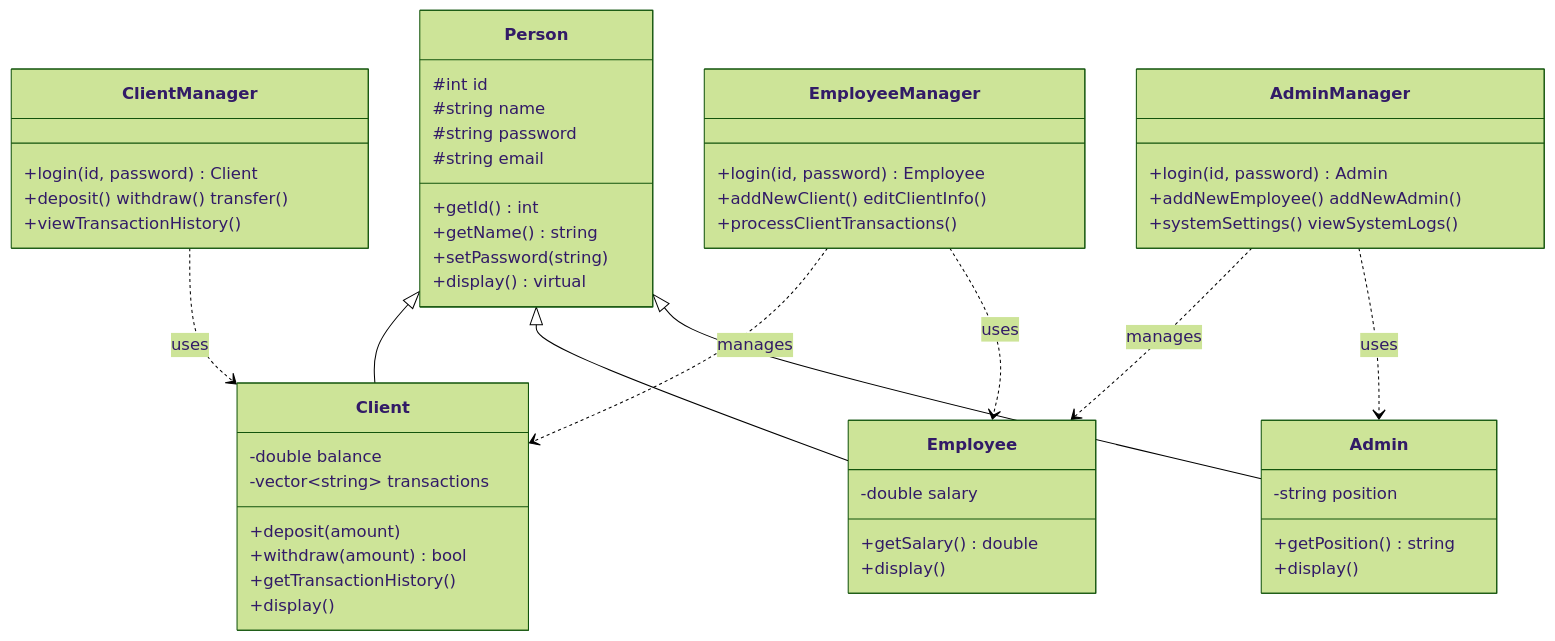
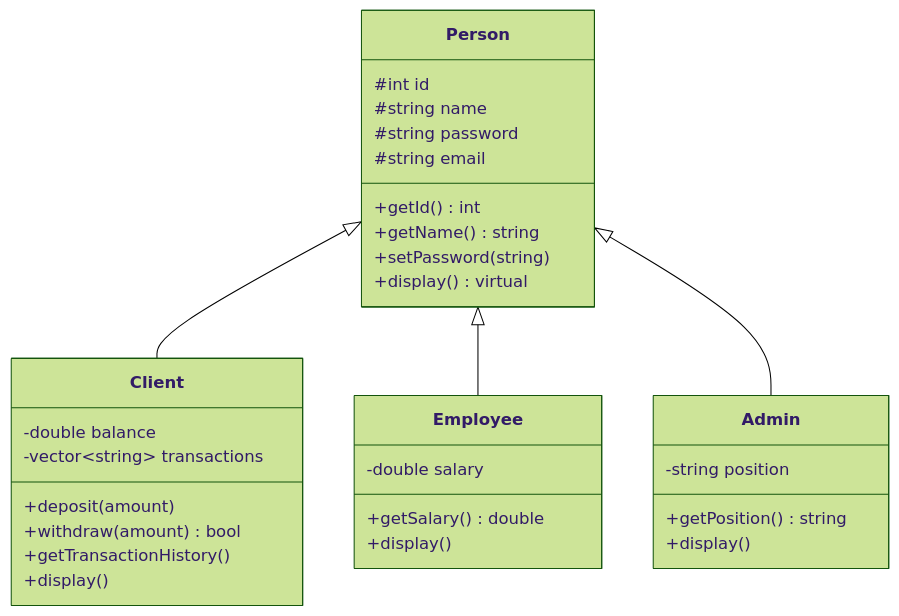
Before and after one commit to HusseinHany/Bank_System: the first of 2 diagrams in README.md, drawn with Mermaid (forest theme). The commit also changed other lines of this file, not shown here.

Commit message:
README: keep the class diagram to the inheritance tree

````diff
--- a/README.md
+++ b/README.md
@@ -25,56 +25,36 @@
 ```mermaid
 classDiagram
     direction TB
     class Person {
         #int id
         #string name
         #string password
         #string email
         +getId() int
         +getName() string
         +setPassword(string)
         +display() virtual
     }
     class Client {
         -double balance
         -vector~string~ transactions
         +deposit(amount)
         +withdraw(amount) bool
         +getTransactionHistory()
         +display()
     }
     class Employee {
         -double salary
         +getSalary() double
         +display()
     }
     class Admin {
         -string position
         +getPosition() string
         +display()
     }
     Person <|-- Client
     Person <|-- Employee
     Person <|-- Admin
 
-    class ClientManager {
-        +login(id, password) Client
-        +deposit() withdraw() transfer()
-        +viewTransactionHistory()
-    }
-    class EmployeeManager {
-        +login(id, password) Employee
-        +addNewClient() editClientInfo()
-        +processClientTransactions()
-    }
-    class AdminManager {
-        +login(id, password) Admin
-        +addNewEmployee() addNewAdmin()
-        +systemSettings() viewSystemLogs()
-    }
-    ClientManager ..> Client : uses
-    EmployeeManager ..> Client : manages
-    EmployeeManager ..> Employee : uses
-    AdminManager ..> Employee : manages
-    AdminManager ..> Admin : uses
 ```
````
